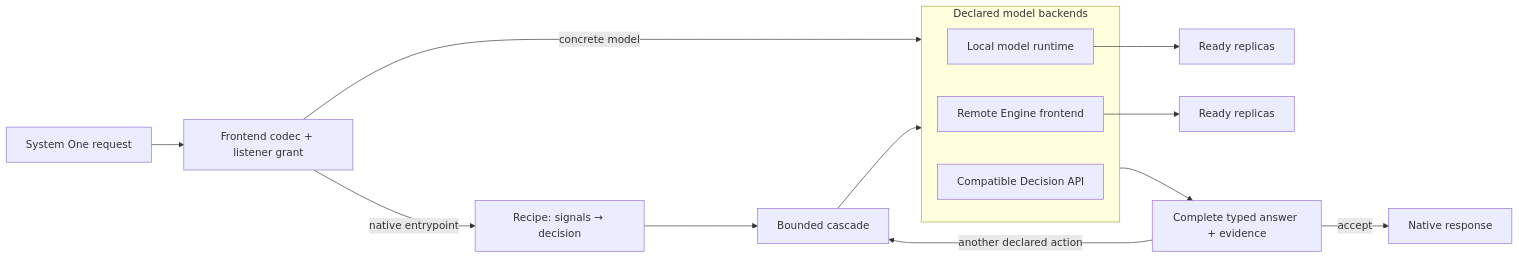
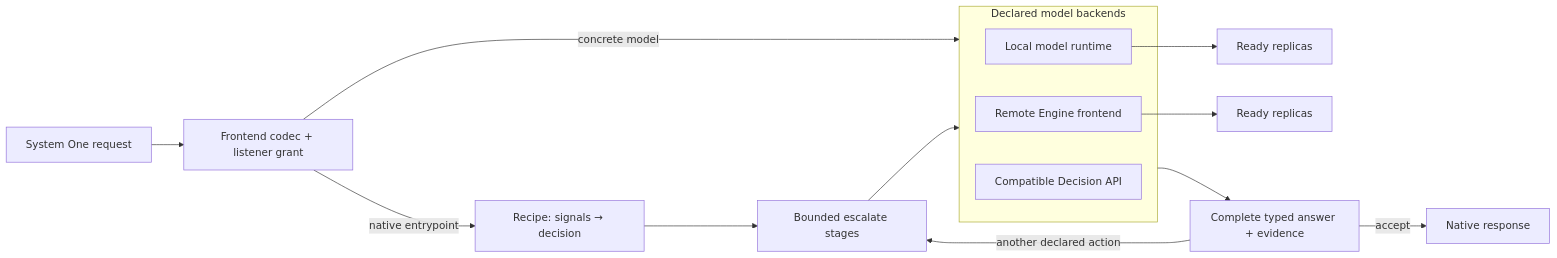
The diagram in website/docs/overview/component-architecture.md (vllm-project/semantic-router), drawn with Mermaid before and after one commit. The commit also changed other lines of this file and 589 other files, not shown here.

````diff
--- a/website/docs/overview/component-architecture.md
+++ b/website/docs/overview/component-architecture.md
@@ -129,18 +129,18 @@
 ```mermaid
 flowchart LR
     Request["System One request"] --> Frontend["Frontend codec + listener grant"]
     Frontend -->|"concrete model"| Backends
     Frontend -->|"native entrypoint"| Recipe["Recipe: signals → decision"]
-    Recipe --> Algorithm["Bounded cascade"]
+    Recipe --> Algorithm["Bounded escalate stages"]
     Algorithm --> Backends
     subgraph Backends["Declared model backends"]
         Local["Local model runtime"]
         Engine["Remote Engine frontend"]
         External["Compatible Decision API"]
     end
     Local --> Replicas["Ready replicas"]
     Engine --> RemoteReplicas["Ready replicas"]
     Backends --> Evidence["Complete typed answer + evidence"]
     Evidence -->|"another declared action"| Algorithm
     Evidence -->|"accept"| Result["Native response"]
 ```
````
